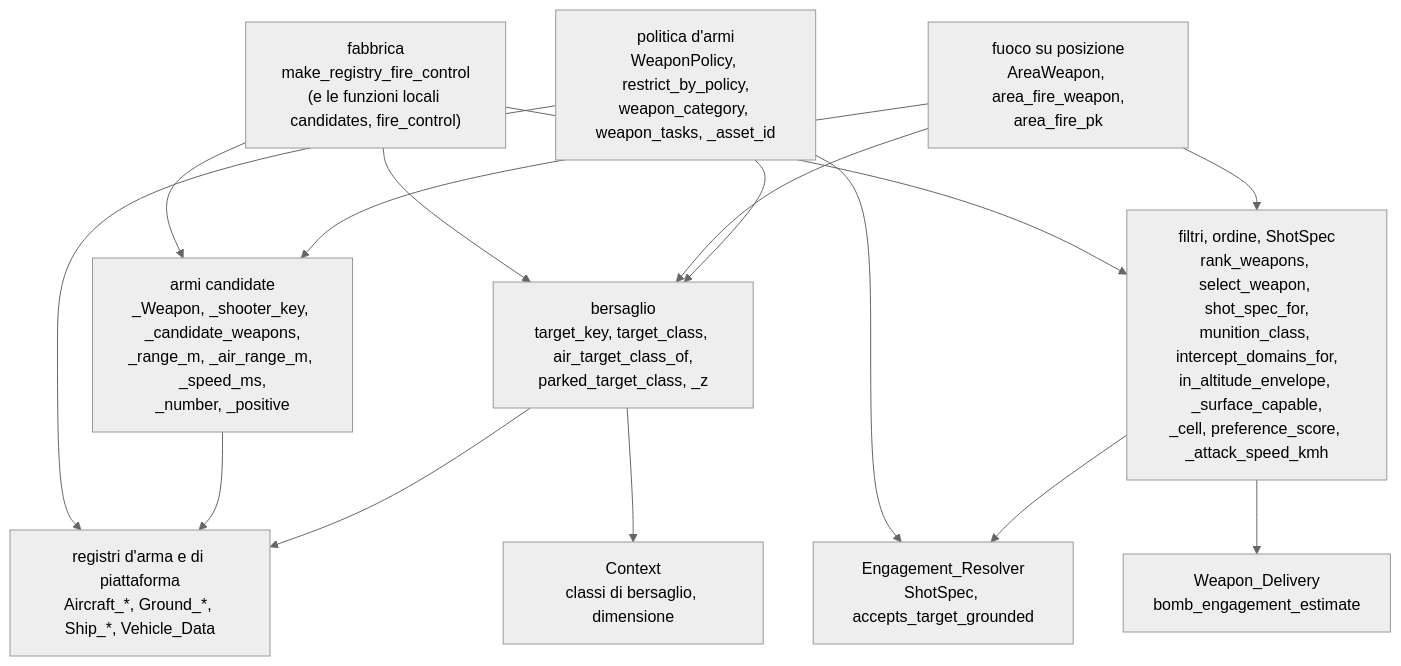
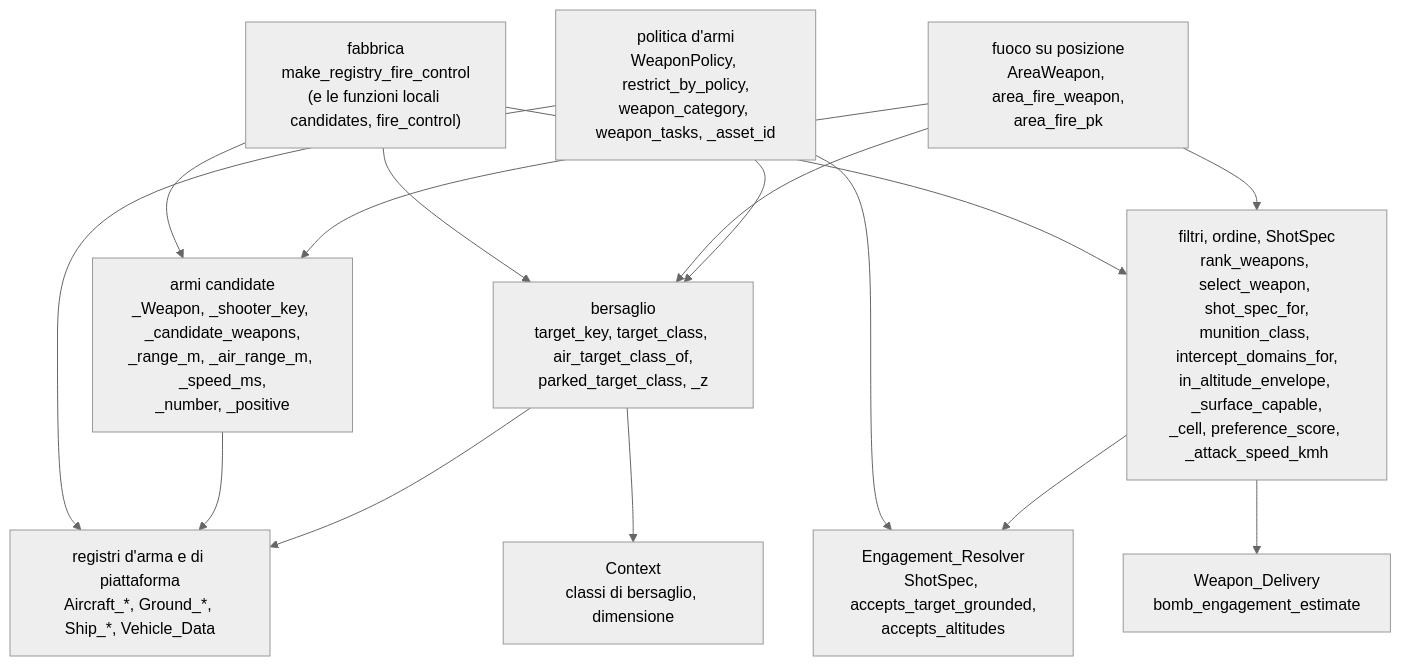
One commit to MakusIV/Warfare-Model changed the sixth of 22 diagrams in Analysis/Document/Manuale_Motore_DES/11a_Atlante_Risolutore.md. Above: the diagram before and after it, drawn with Mermaid (neutral theme). The commit also changed other lines of this file and 5 other files, not shown here.

````diff
--- a/Analysis/Document/Manuale_Motore_DES/11a_Atlante_Risolutore.md
+++ b/Analysis/Document/Manuale_Motore_DES/11a_Atlante_Risolutore.md
@@ -424,28 +427,28 @@
 ```mermaid
 flowchart TD
     FAB["fabbrica<br/>make_registry_fire_control<br/>(e le funzioni locali candidates, fire_control)"]
     ARM["armi candidate<br/>_Weapon, _shooter_key, _candidate_weapons,<br/>_range_m, _air_range_m, _speed_ms,<br/>_number, _positive"]
     BER["bersaglio<br/>target_key, target_class, air_target_class_of,<br/>parked_target_class, _z"]
     SCE["filtri, ordine, ShotSpec<br/>rank_weapons, select_weapon, shot_spec_for,<br/>munition_class, intercept_domains_for,<br/>in_altitude_envelope, _surface_capable,<br/>_cell, preference_score, _attack_speed_kmh"]
     POL["politica d'armi<br/>WeaponPolicy, restrict_by_policy,<br/>weapon_category, weapon_tasks, _asset_id"]
     POS["fuoco su posizione<br/>AreaWeapon, area_fire_weapon,<br/>area_fire_pk"]
-    ER["Engagement_Resolver<br/>ShotSpec, accepts_target_grounded"]
+    ER["Engagement_Resolver<br/>ShotSpec, accepts_target_grounded,<br/>accepts_altitudes"]
     WD["Weapon_Delivery<br/>bomb_engagement_estimate"]
     REG["registri d'arma e di piattaforma<br/>Aircraft_*, Ground_*, Ship_*, Vehicle_Data"]
     CTX["Context<br/>classi di bersaglio, dimensione"]
 
     FAB --> ARM
     FAB --> BER
     FAB --> SCE
     POS --> ARM
     POS --> BER
     POS --> SCE
     POL --> BER
     POL --> REG
     POL --> ER
     ARM --> REG
     BER --> CTX
     BER --> REG
     SCE --> ER
     SCE --> WD
 ```
````
